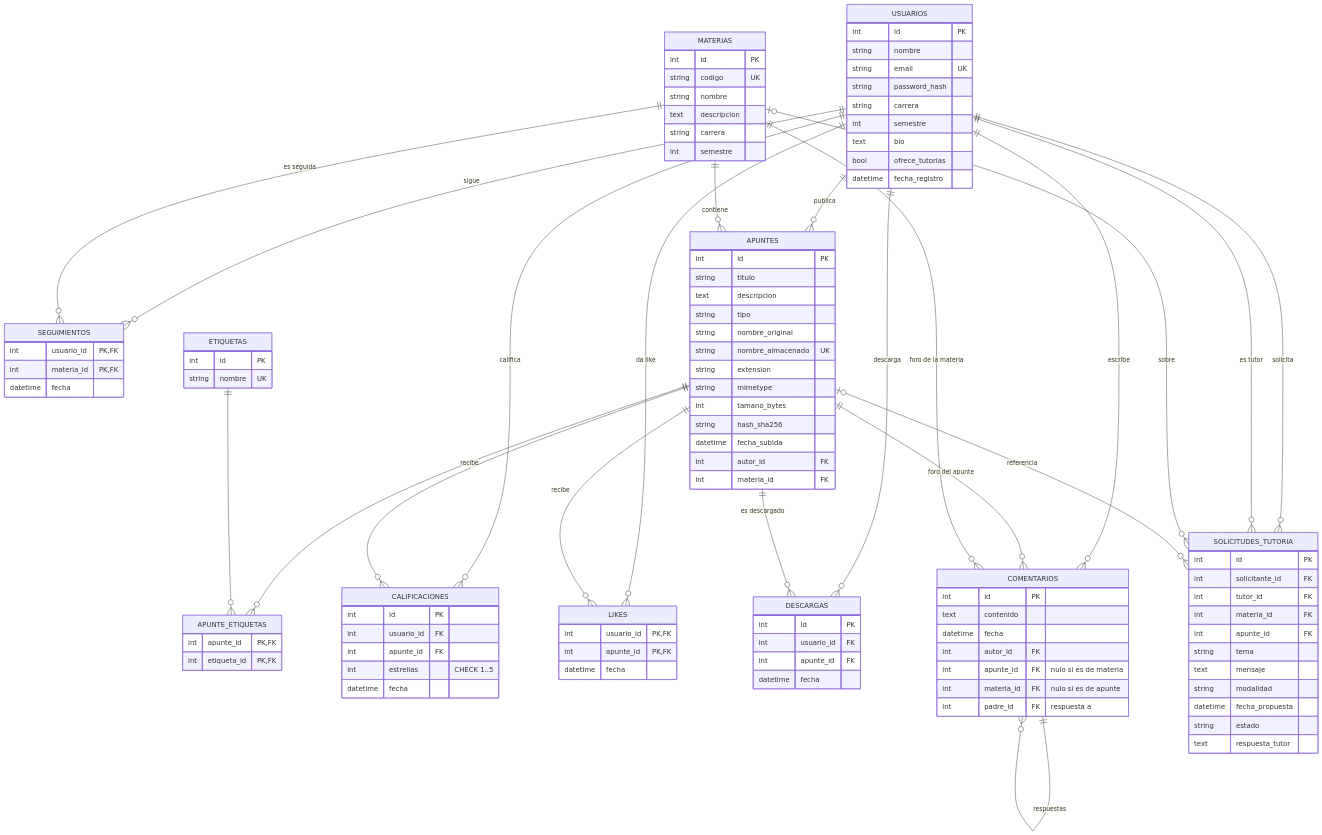
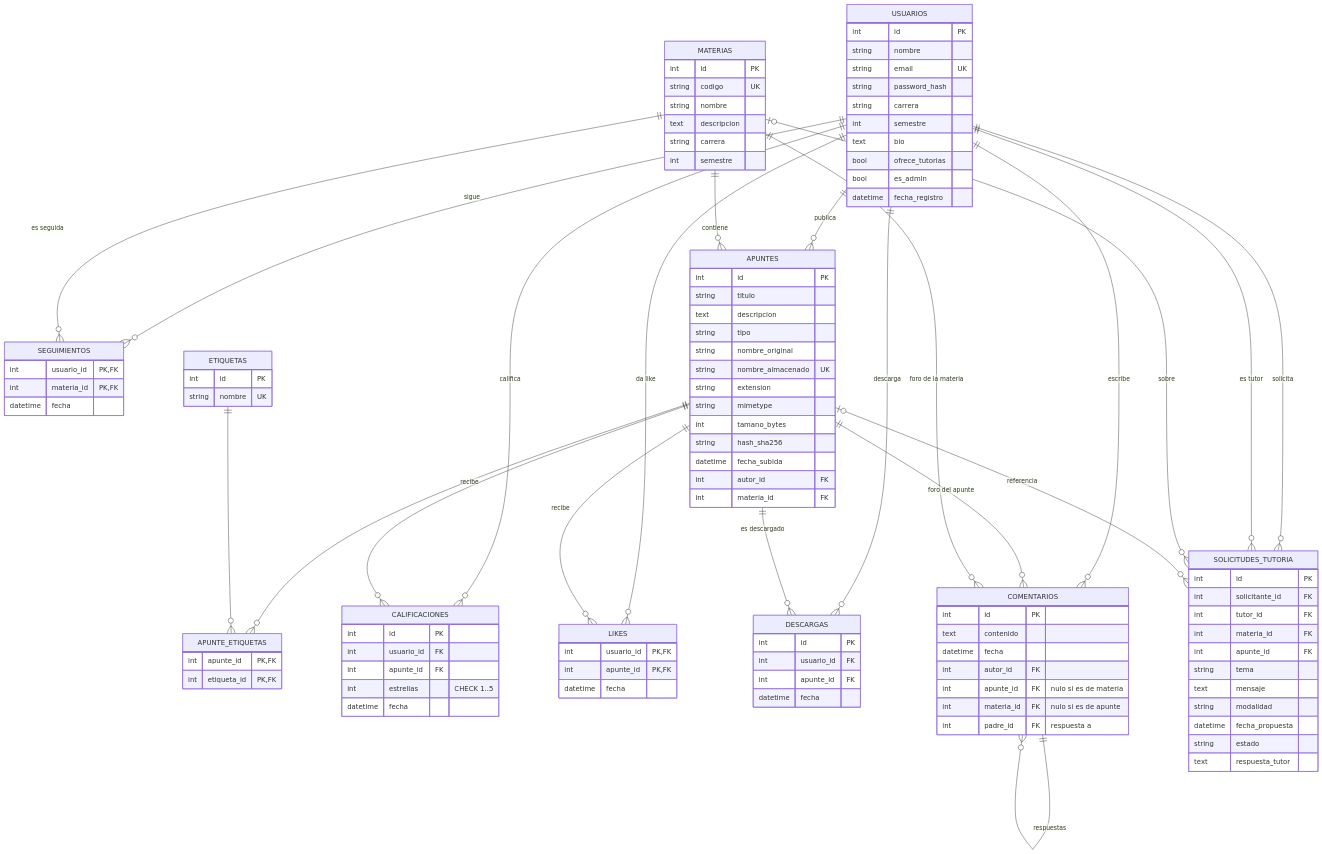
Before and after one commit to SrSergio-S/red_social: the first of 2 diagrams in docs/modelo_datos.md, drawn with Mermaid. The commit also changed 9 other files, not shown here.

```diff
--- a/docs/modelo_datos.md
+++ b/docs/modelo_datos.md
@@ -35,6 +35,7 @@
         int semestre
         text bio
         bool ofrece_tutorias
+        bool es_admin
         datetime fecha_registro
     }
     MATERIAS {
```
